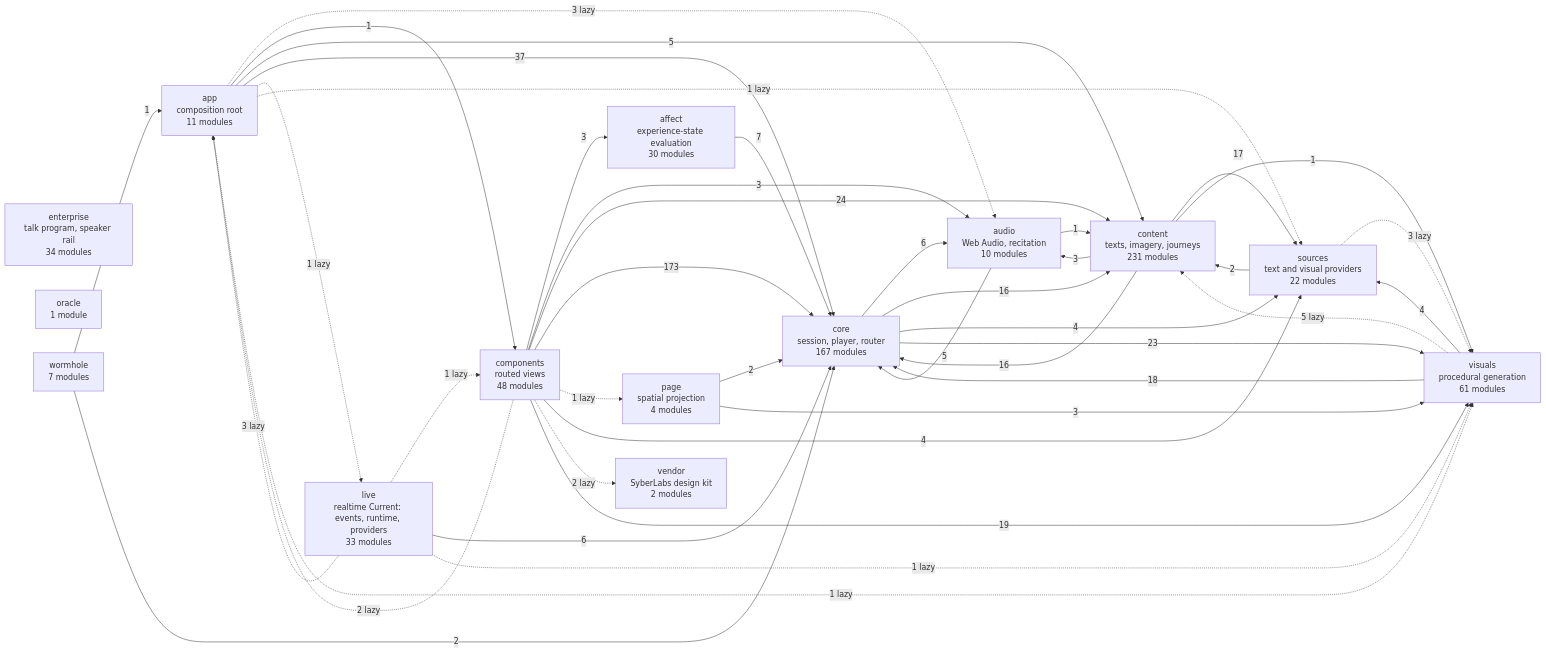
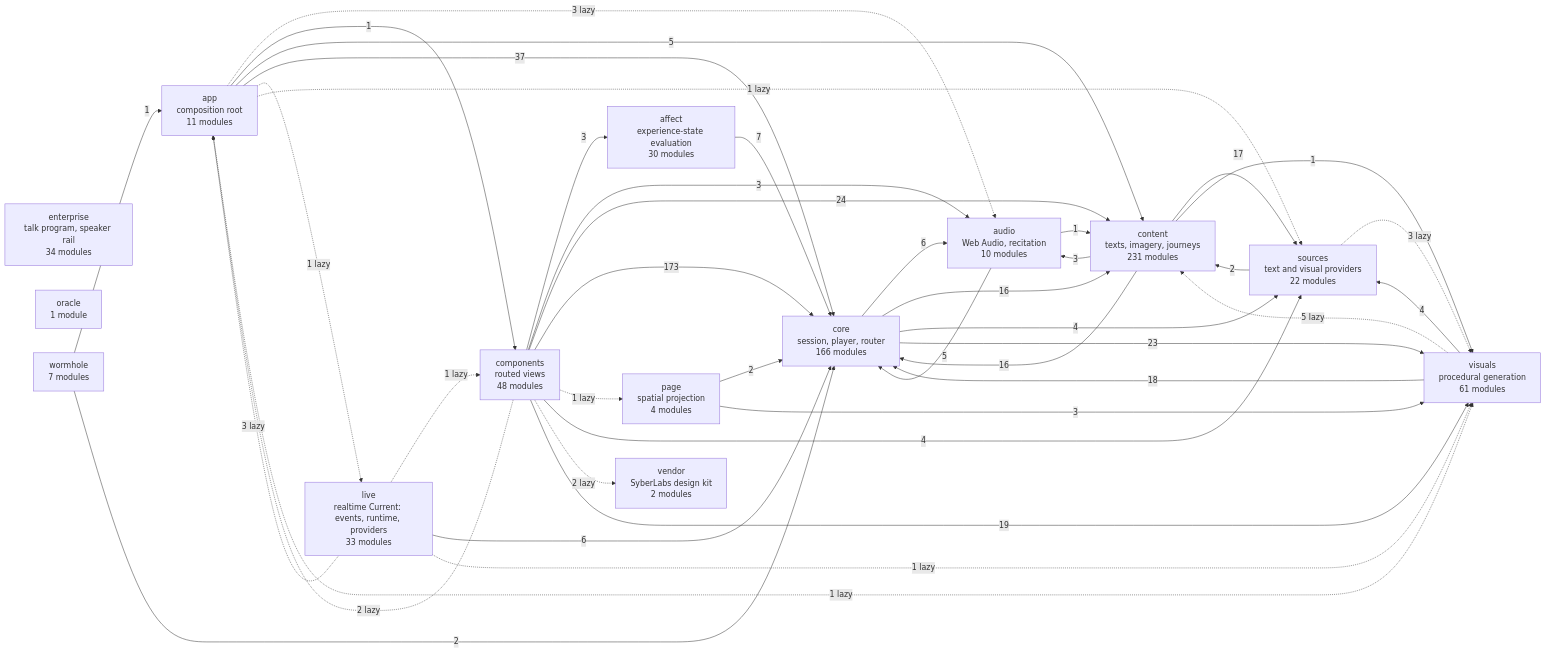
The diagram in docs/specs/ARCHITECTURE.md (SyberLabs/RISE), drawn with Mermaid before and after one commit. The commit also changed 9 other files, not shown here.

````diff
--- a/docs/specs/ARCHITECTURE.md
+++ b/docs/specs/ARCHITECTURE.md
@@ -160,58 +160,58 @@
 ```mermaid
 flowchart LR
     affect["affect<br/>experience-state evaluation<br/>30 modules"]
     app["app<br/>composition root<br/>11 modules"]
     audio["audio<br/>Web Audio, recitation<br/>10 modules"]
     components["components<br/>routed views<br/>48 modules"]
     content["content<br/>texts, imagery, journeys<br/>231 modules"]
-    core["core<br/>session, player, router<br/>167 modules"]
+    core["core<br/>session, player, router<br/>166 modules"]
     enterprise["enterprise<br/>talk program, speaker rail<br/>34 modules"]
     live["live<br/>realtime Current: events, runtime, providers<br/>33 modules"]
     oracle["oracle<br/>1 module"]
     page["page<br/>spatial projection<br/>4 modules"]
     sources["sources<br/>text and visual providers<br/>22 modules"]
     vendor["vendor<br/>SyberLabs design kit<br/>2 modules"]
     visuals["visuals<br/>procedural generation<br/>61 modules"]
     wormhole["wormhole<br/>7 modules"]
 
     affect --> |7| core
     app -.-> |3 lazy| audio
     app --> |1| components
     app --> |5| content
     app --> |37| core
     app -.-> |1 lazy| live
     app -.-> |1 lazy| sources
     app -.-> |1 lazy| visuals
     audio --> |1| content
     audio --> |5| core
     components --> |3| affect
     components -.-> |2 lazy| app
     components --> |3| audio
     components --> |24| content
     components --> |173| core
     components -.-> |1 lazy| page
     components --> |4| sources
     components -.-> |2 lazy| vendor
     components --> |19| visuals
     content --> |3| audio
     content --> |16| core
     content --> |17| sources
     content --> |1| visuals
     core --> |6| audio
     core --> |16| content
     core --> |4| sources
     core --> |23| visuals
     live -.-> |3 lazy| app
     live -.-> |1 lazy| components
     live --> |6| core
     live -.-> |1 lazy| visuals
     page --> |2| core
     page --> |3| visuals
     sources --> |2| content
     sources -.-> |3 lazy| visuals
     visuals -.-> |5 lazy| content
     visuals --> |18| core
     visuals --> |4| sources
     wormhole --> |1| app
     wormhole --> |2| core
 ```
````
